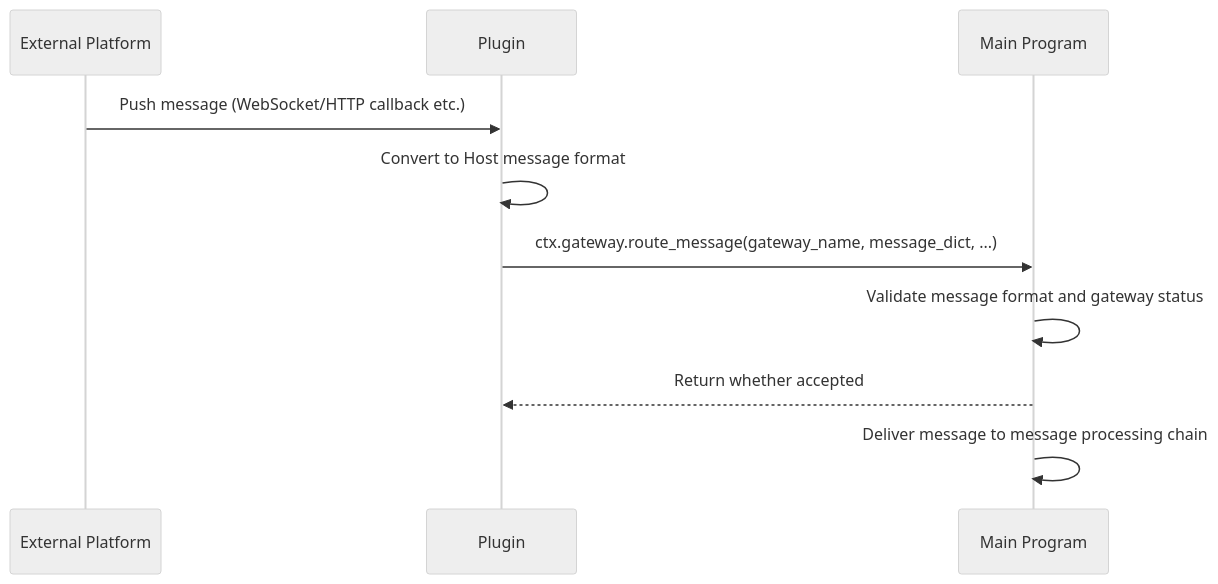
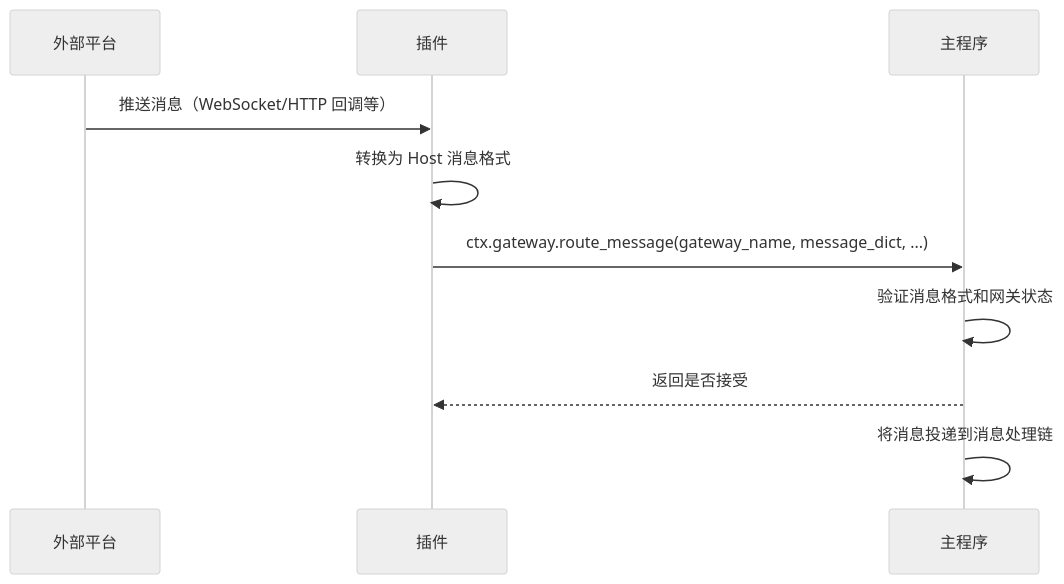
One commit to DrSmoothl/docs changed the second of 3 diagrams in en/develop/plugin-dev/message-gateway.md. Above: the diagram before and after it, drawn with Mermaid (neutral theme). The commit also changed other lines of this file and 50 other files, not shown here.

````diff
--- a/en/develop/plugin-dev/message-gateway.md
+++ b/en/develop/plugin-dev/message-gateway.md
@@ -257,13 +255,13 @@
 ```mermaid
 sequenceDiagram
-    participant Platform as External Platform
-    participant Plugin as Plugin
-    participant Host as Main Program
+    participant Platform as 外部平台
+    participant Plugin as 插件
+    participant Host as 主程序
 
-    Platform->>Plugin: Push message (WebSocket/HTTP callback etc.)
-    Plugin->>Plugin: Convert to Host message format
+    Platform->>Plugin: 推送消息（WebSocket/HTTP 回调等）
+    Plugin->>Plugin: 转换为 Host 消息格式
     Plugin->>Host: ctx.gateway.route_message(gateway_name, message_dict, ...)
-    Host->>Host: Validate message format and gateway status
-    Host-->>Plugin: Return whether accepted
-    Host->>Host: Deliver message to message processing chain
+    Host->>Host: 验证消息格式和网关状态
+    Host-->>Plugin: 返回是否接受
+    Host->>Host: 将消息投递到消息处理链
 ```
````
